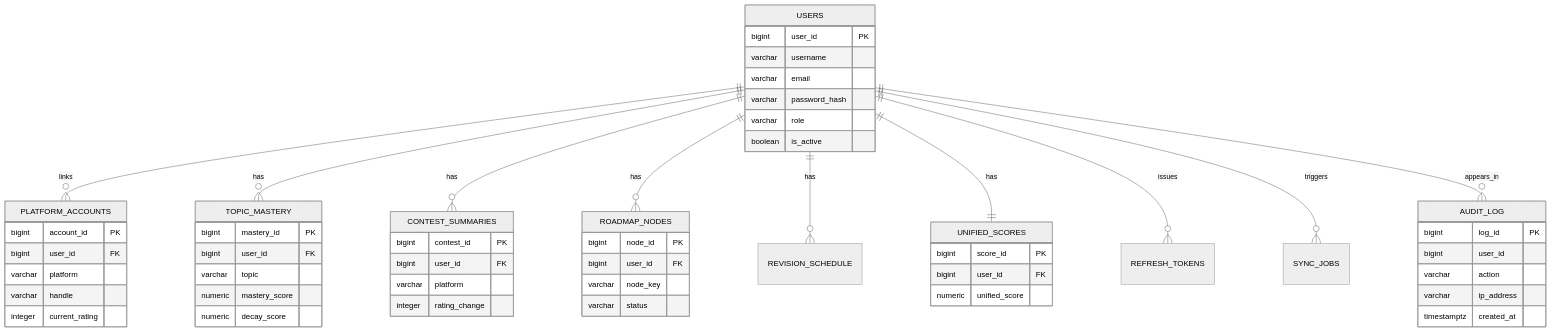
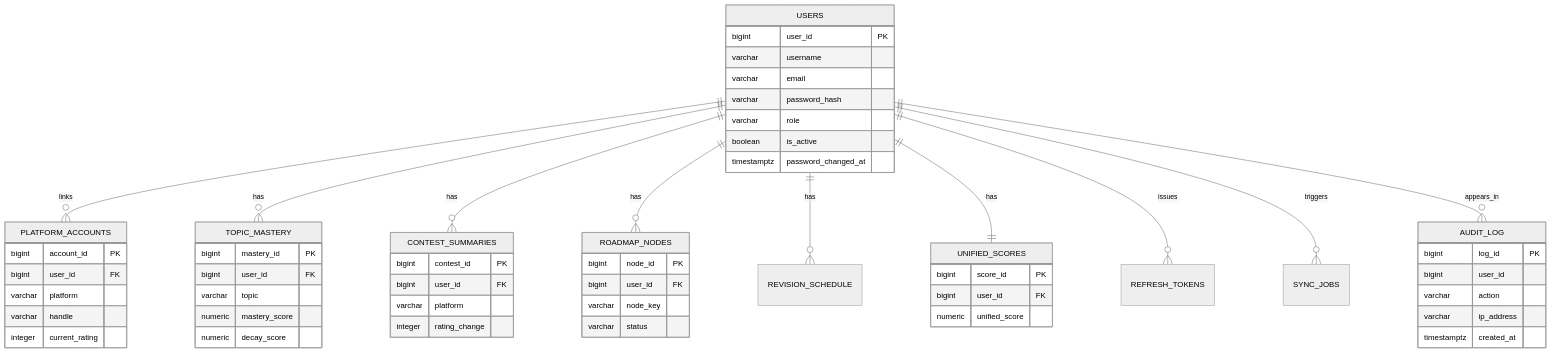
The fourth of 5 diagrams in docs/ARCHITECTURE.md (ayushtiwari1405/cpintel), drawn with Mermaid (neutral theme) before and after one commit. The commit also changed other lines of this file and 164 other files, not shown here.

````diff
--- a/docs/ARCHITECTURE.md
+++ b/docs/ARCHITECTURE.md
@@ -111,59 +111,60 @@
 ```mermaid
 erDiagram
     USERS ||--o{ PLATFORM_ACCOUNTS : links
     USERS ||--o{ TOPIC_MASTERY : has
     USERS ||--o{ CONTEST_SUMMARIES : has
     USERS ||--o{ ROADMAP_NODES : has
     USERS ||--o{ REVISION_SCHEDULE : has
     USERS ||--|| UNIFIED_SCORES : has
     USERS ||--o{ REFRESH_TOKENS : issues
     USERS ||--o{ SYNC_JOBS : triggers
     USERS ||--o{ AUDIT_LOG : appears_in
 
     USERS {
         bigint user_id PK
         varchar username
         varchar email
         varchar password_hash
         varchar role
         boolean is_active
+        timestamptz password_changed_at
     }
     PLATFORM_ACCOUNTS {
         bigint account_id PK
         bigint user_id FK
         varchar platform
         varchar handle
         integer current_rating
     }
     TOPIC_MASTERY {
         bigint mastery_id PK
         bigint user_id FK
         varchar topic
         numeric mastery_score
         numeric decay_score
     }
     CONTEST_SUMMARIES {
         bigint contest_id PK
         bigint user_id FK
         varchar platform
         integer rating_change
     }
     ROADMAP_NODES {
         bigint node_id PK
         bigint user_id FK
         varchar node_key
         varchar status
     }
     UNIFIED_SCORES {
         bigint score_id PK
         bigint user_id FK
         numeric unified_score
     }
     AUDIT_LOG {
         bigint log_id PK
         bigint user_id
         varchar action
         varchar ip_address
         timestamptz created_at
     }
 ```
````
